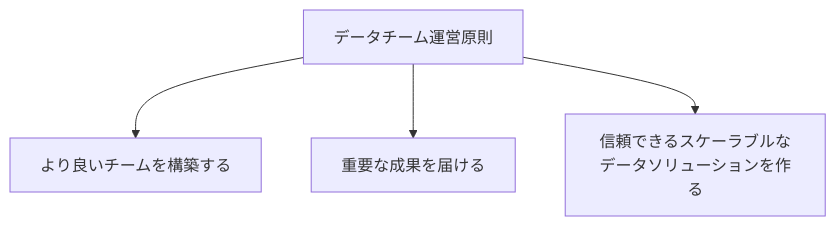
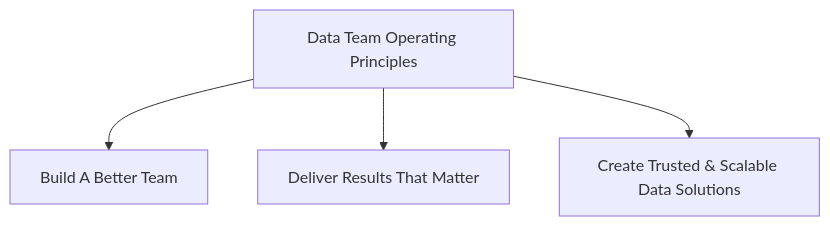
One commit to kyama0/gitlab-handbook-ja changed the diagram in content/handbook/enterprise-data/organization/principles.md. Above: the diagram before and after it, drawn with Mermaid. The commit also changed other lines of this file and 100 other files, not shown here.

````diff
--- a/content/handbook/enterprise-data/organization/principles.md
+++ b/content/handbook/enterprise-data/organization/principles.md
@@ -43,7 +43,7 @@
 ```mermaid
 graph TD
-  A[データチーム運営原則]
-  A --> B[より良いチームを構築する]
-  A --> C[重要な成果を届ける]
-  A --> D[信頼できるスケーラブルなデータソリューションを作る]
+  A[Data Team Operating Principles]
+  A --> B[Build A Better Team]
+  A --> C[Deliver Results That Matter]
+  A --> D[Create Trusted & Scalable Data Solutions]
 ```
````
